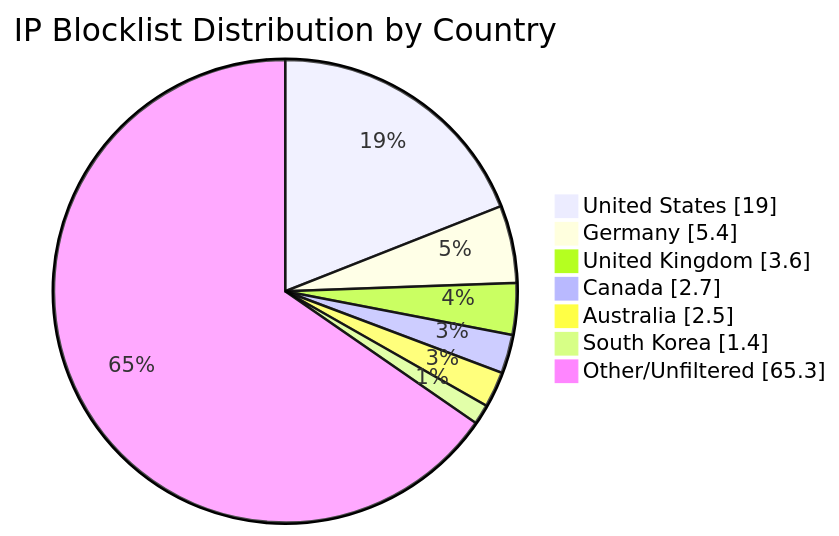
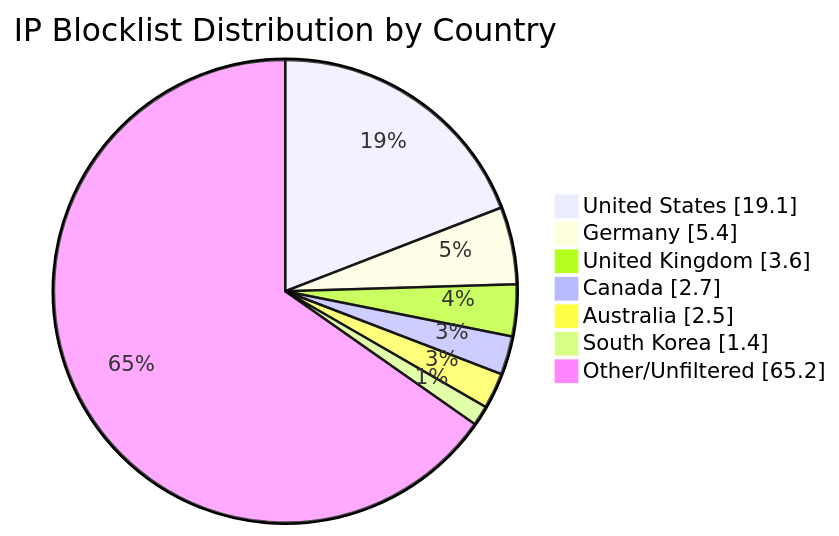
Before and after one commit to MarcusHoltz/ipblocklist-geofiltered-aggregator: the diagram in README.md, drawn with Mermaid. The commit also changed other lines of this file and 9 other files, not shown here.

````diff
--- a/README.md
+++ b/README.md
@@ -34,10 +34,10 @@
 ```mermaid
 pie showData title IP Blocklist Distribution by Country
-"United States" : 19.0
+"United States" : 19.1
 "Germany" : 5.4
 "United Kingdom" : 3.6
 "Canada" : 2.7
 "Australia" : 2.5
 "South Korea" : 1.4
-"Other/Unfiltered" : 65.3
+"Other/Unfiltered" : 65.2
 ```
````
